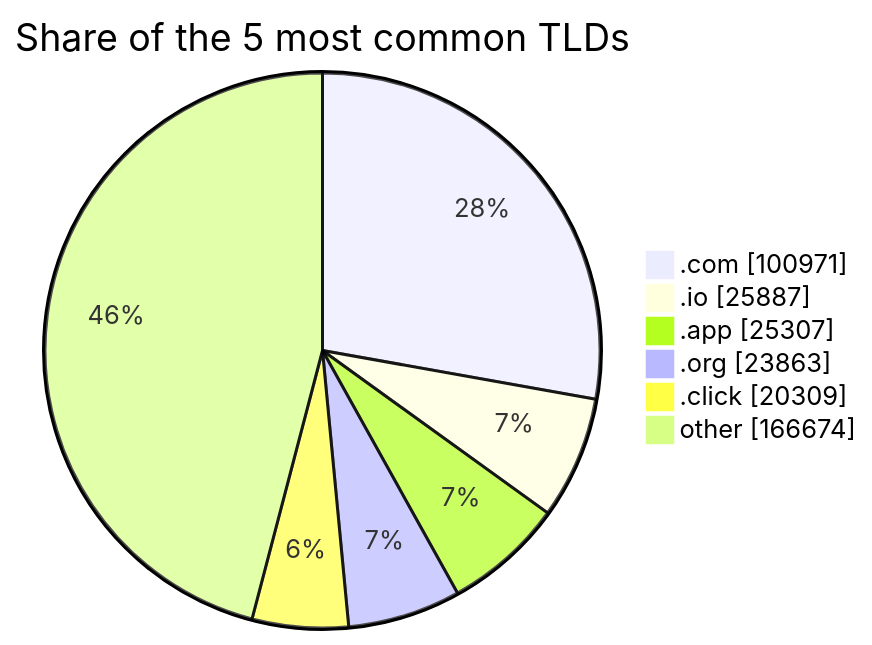
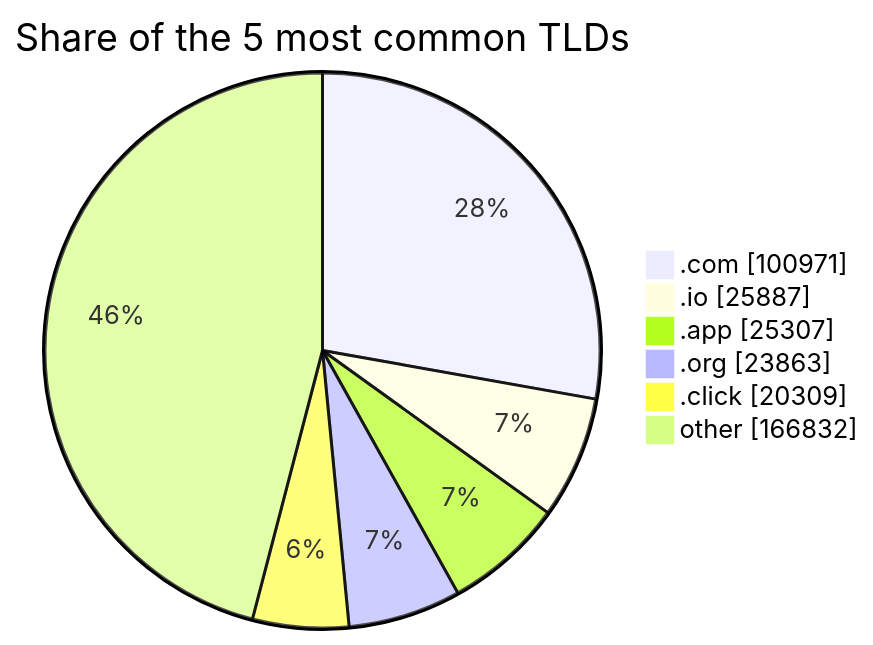
Before and after one commit to DNSBunker/CTI: the third of 3 diagrams in README.md, drawn with Mermaid. The commit also changed other lines of this file and 3 other files, not shown here.

````diff
--- a/README.md
+++ b/README.md
@@ -81,9 +81,9 @@
 ```mermaid
 pie showData title Share of the 5 most common TLDs
     ".com" : 100971
     ".io" : 25887
     ".app" : 25307
     ".org" : 23863
     ".click" : 20309
-    "other" : 166674
+    "other" : 166832
 ```
````
